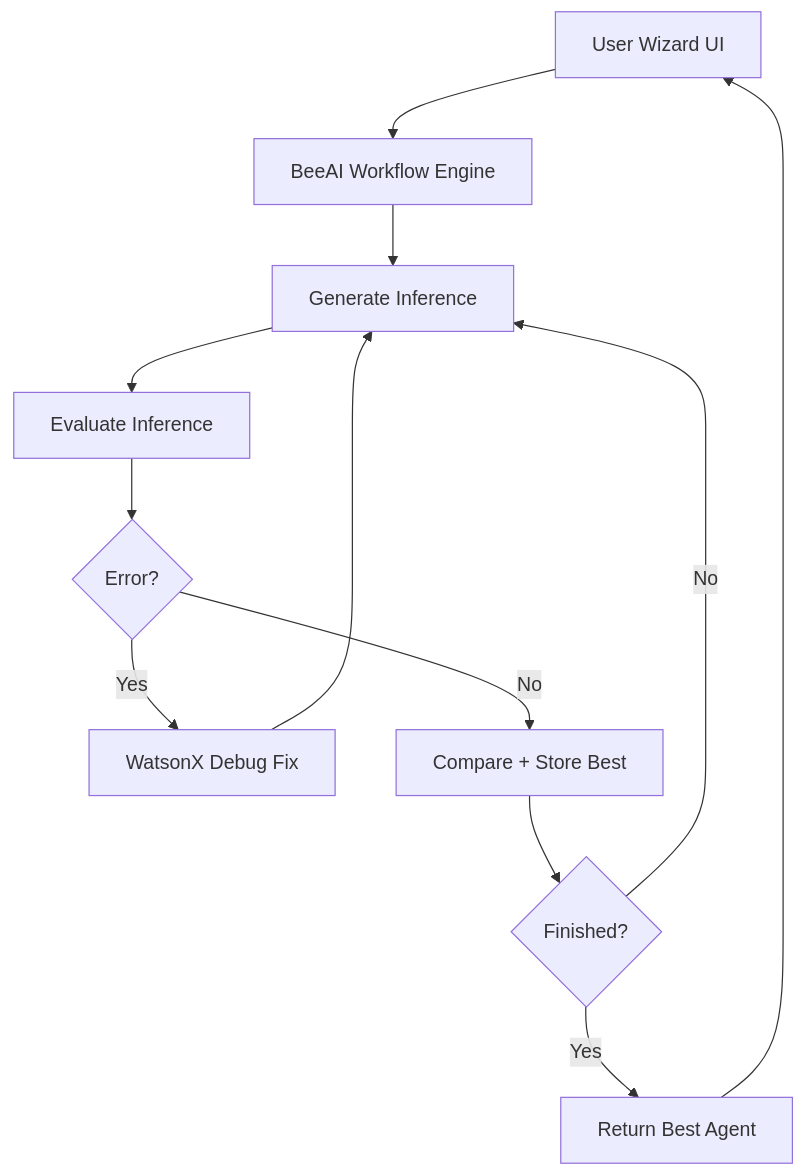
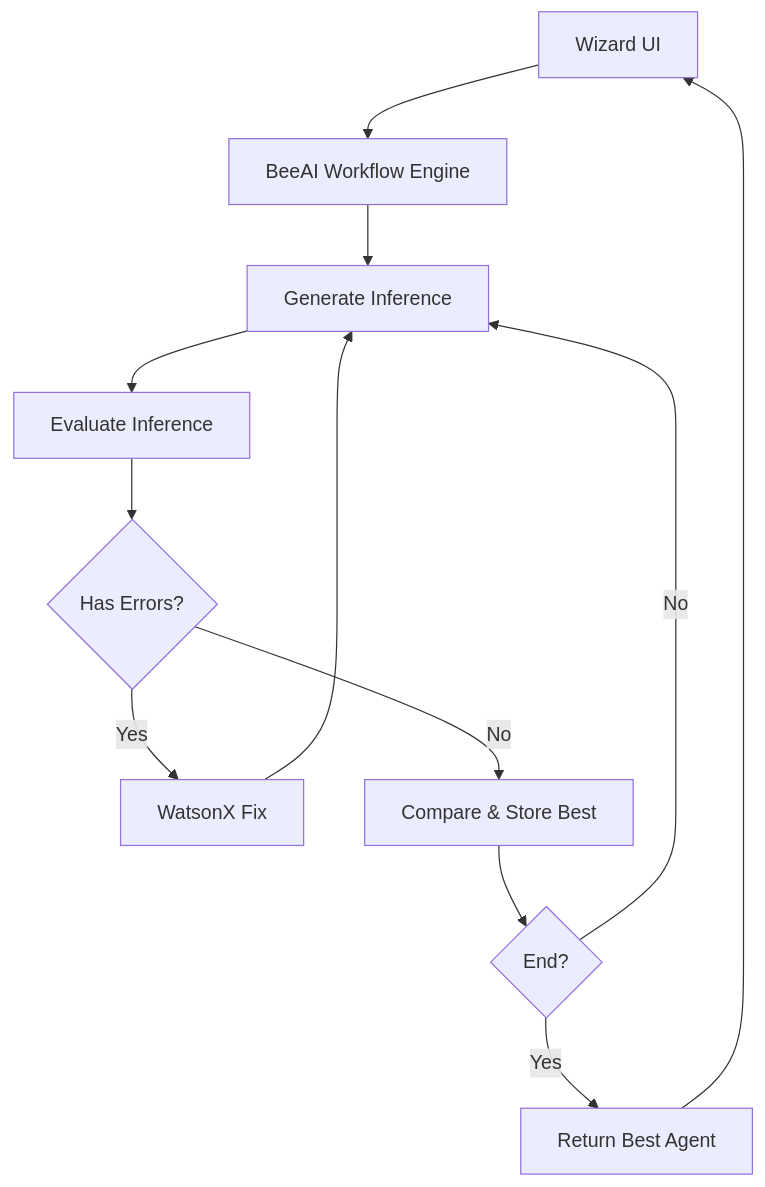
The diagram in README.md (ruslanmv/watsonx-inference-matcher-beeai), drawn with Mermaid before and after one commit. The commit also changed other lines of this file and 22 other files, not shown here.

````diff
--- a/README.md
+++ b/README.md
@@ -208,14 +239,14 @@
 ```mermaid
 flowchart TD
-    A[User Wizard UI] --> B[BeeAI Workflow Engine]
+    A[Wizard UI] --> B[BeeAI Workflow Engine]
     B --> C[Generate Inference]
     C --> D[Evaluate Inference]
-    D --> E{Error?}
-    E -- Yes --> F[WatsonX Debug Fix]
+    D --> E{Has Errors?}
+    E -- Yes --> F[WatsonX Fix]
     F --> C
-    E -- No --> G[Compare + Store Best]
-    G --> H{Finished?}
+    E -- No --> G[Compare & Store Best]
+    G --> H{End?}
     H -- No --> C
     H -- Yes --> I[Return Best Agent]
     I --> A
 ```
````
